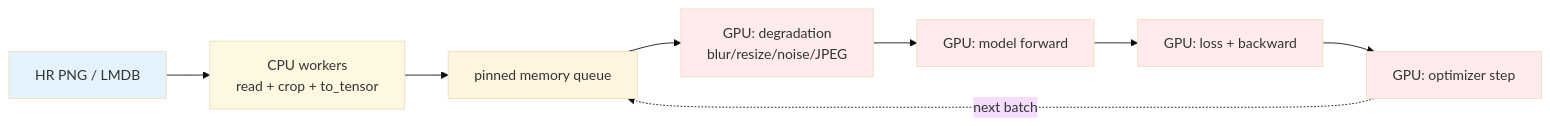
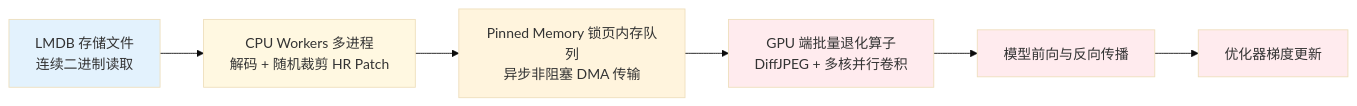
Before and after one commit to yingwang/image-enhancement-guide: the fifth of 5 diagrams in chapters/05-degradation-pipeline.md, drawn with Mermaid (base theme). The commit also changed other lines of this file and 18 other files, not shown here.

````diff
--- a/chapters/05-degradation-pipeline.md
+++ b/chapters/05-degradation-pipeline.md
@@ -765,17 +438,14 @@
 ```mermaid
 graph LR
-    Disk[HR PNG / LMDB] --> CPU[CPU workers<br/>read + crop + to_tensor]
-    CPU --> Queue[pinned memory queue]
-    Queue --> GPU1[GPU: degradation<br/>blur/resize/noise/JPEG]
-    GPU1 --> GPU2[GPU: model forward]
-    GPU2 --> GPU3[GPU: loss + backward]
-    GPU3 --> GPU4[GPU: optimizer step]
-    GPU4 -.next batch.-> Queue
+    Disk["LMDB 存储文件<br/>连续二进制读取"] --> CPU["CPU Workers 多进程<br/>解码 + 随机裁剪 HR Patch"]
+    CPU --> Queue["Pinned Memory 锁页内存队列<br/>异步非阻塞 DMA 传输"]
+    Queue --> GPU1["GPU 端批量退化算子<br/>DiffJPEG + 多核并行卷积"]
+    GPU1 --> GPU2["模型前向与反向传播"]
+    GPU2 --> GPU3["优化器梯度更新"]
 
     style Disk fill:#e3f2fd
     style CPU fill:#fff8e1
     style GPU1 fill:#ffebee
     style GPU2 fill:#ffebee
     style GPU3 fill:#ffebee
-    style GPU4 fill:#ffebee
 ```
````
